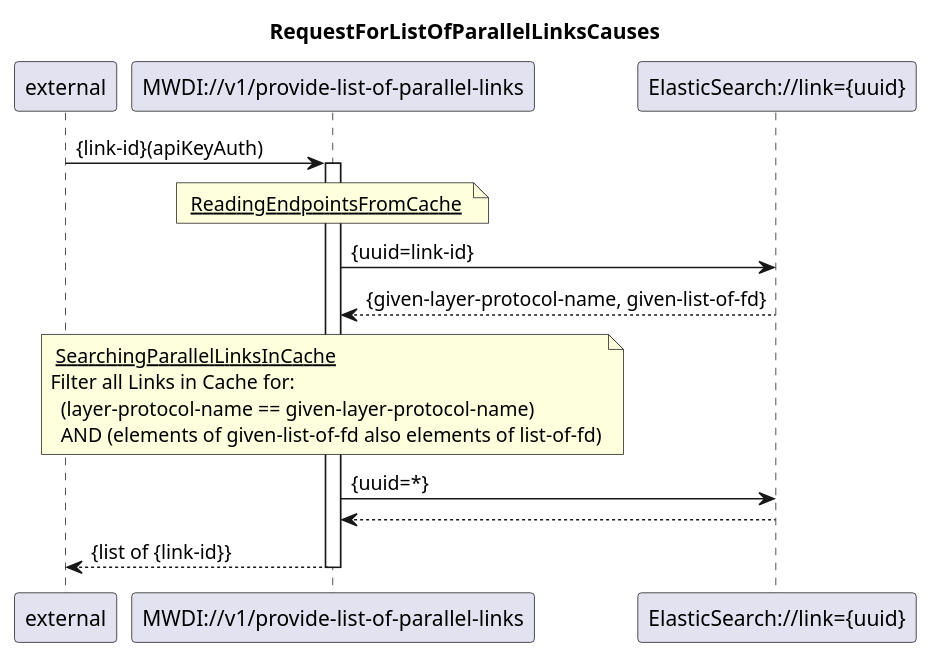
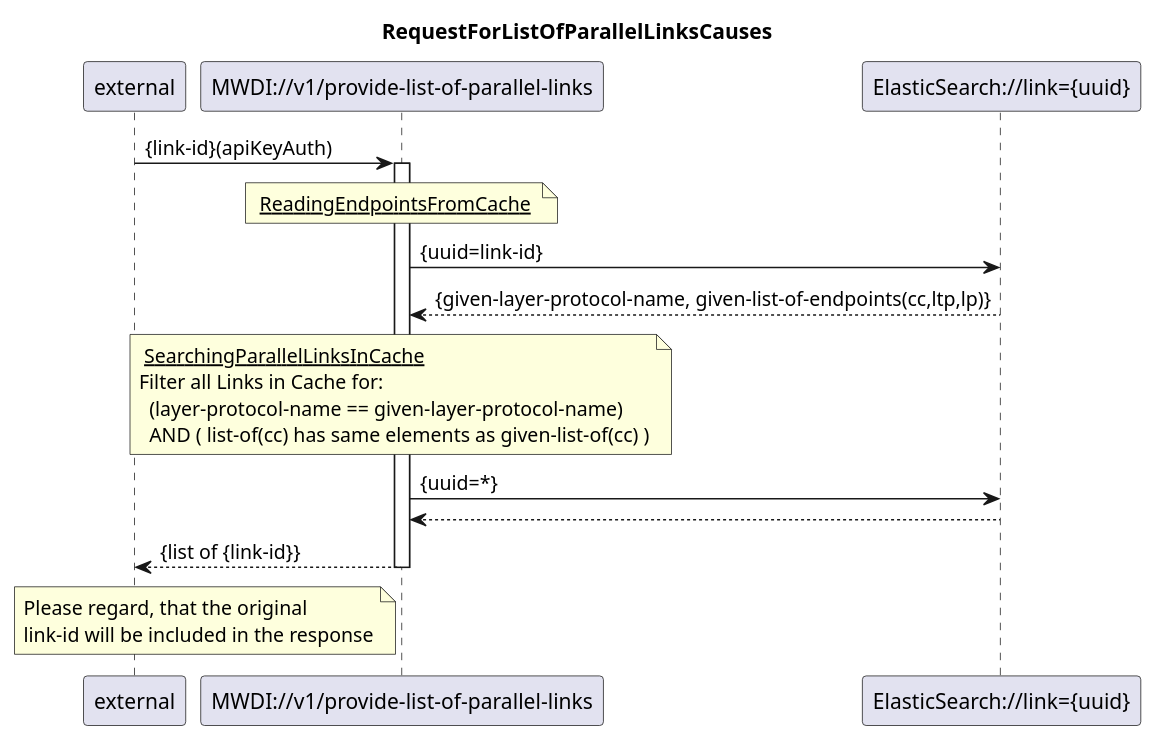
One commit to openBackhaul/MicroWaveDeviceInventory changed the diagram in spec/diagrams/103_ProvideListOfParallelLinks.plantuml. Above: the diagram before and after it, drawn with PlantUML. The commit also changed 1 other file, not shown here.

Commit message:
Change to rest optimized Link definition

```diff
--- a/spec/diagrams/103_ProvideListOfParallelLinks.plantuml
+++ b/spec/diagrams/103_ProvideListOfParallelLinks.plantuml
@@ -1,32 +1,38 @@
 @startuml 103_ProvideListOfParallelLinks
 skinparam responseMessageBelowArrow true
 
 title  RequestForListOfParallelLinksCauses
 
 participant "external" as requestor
 participant "MWDI://v1/provide-list-of-parallel-links" as provideListOfParallelLinks
 participant "ElasticSearch://link={uuid}" as Link
 participant "ElasticSearch://link={uuid}" as Link
 
 requestor -> provideListOfParallelLinks: {link-id}(apiKeyAuth)
 
 note over provideListOfParallelLinks 
 <u> ReadingEndpointsFromCache </u>
 end note
 activate provideListOfParallelLinks
 provideListOfParallelLinks -> Link : {uuid=link-id}
-Link --> provideListOfParallelLinks: {given-layer-protocol-name, given-list-of-fd}
+Link --> provideListOfParallelLinks: {given-layer-protocol-name, given-list-of-endpoints(cc,ltp,lp)}
 
 note over provideListOfParallelLinks
 <u> SearchingParallelLinksInCache </u>
 Filter all Links in Cache for:
   (layer-protocol-name == given-layer-protocol-name)
-  AND (elements of given-list-of-fd also elements of list-of-fd)
+  AND ( list-of(cc) has same elements as given-list-of(cc) )
 end note
 provideListOfParallelLinks -> Link : {uuid=*}
 Link --> provideListOfParallelLinks:
 
 provideListOfParallelLinks --> requestor: {list of {link-id}}
+
+note left provideListOfParallelLinks
+Please regard, that the original
+link-id will be included in the response
+end note
+
 deactivate provideListOfParallelLinks
 
 @enduml
```
